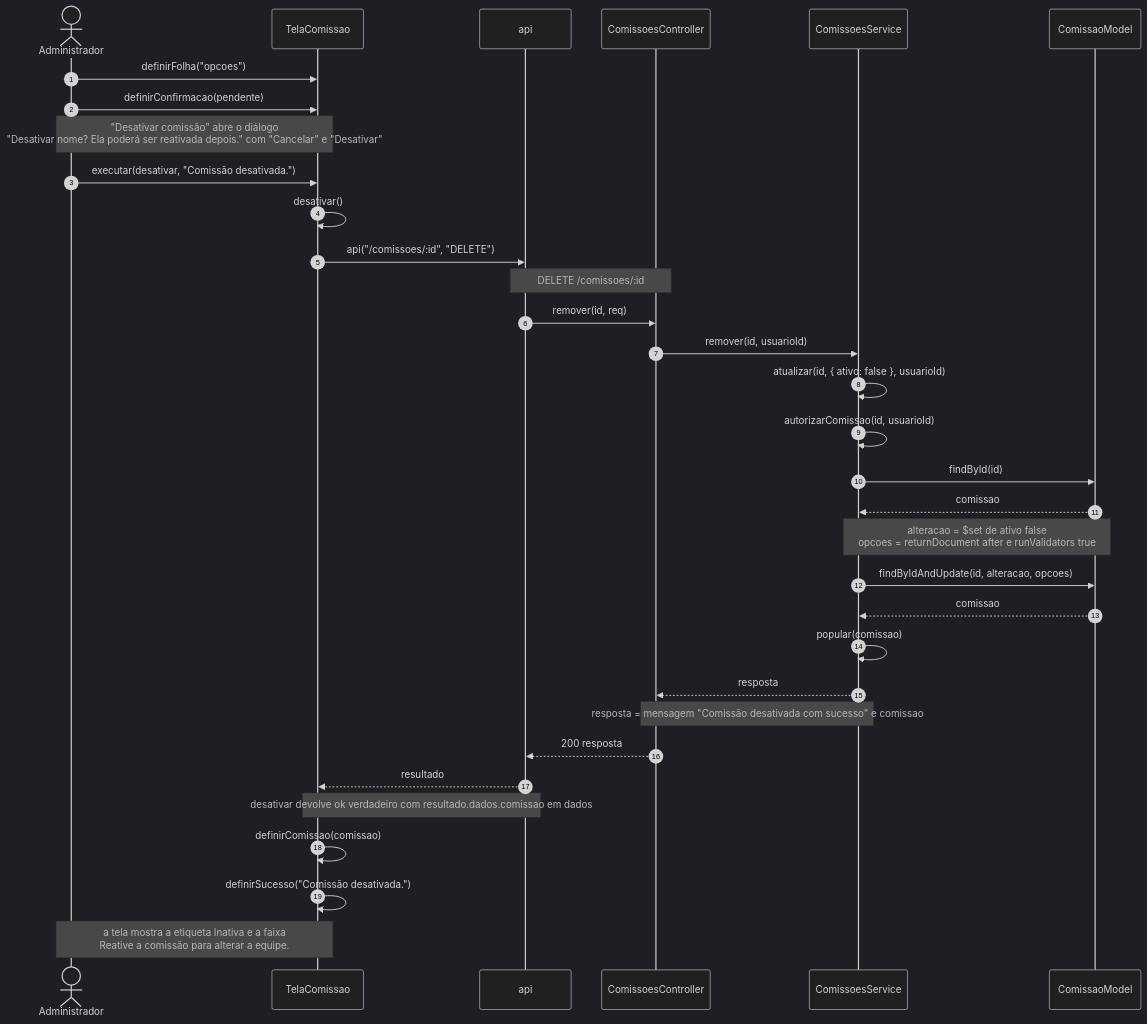
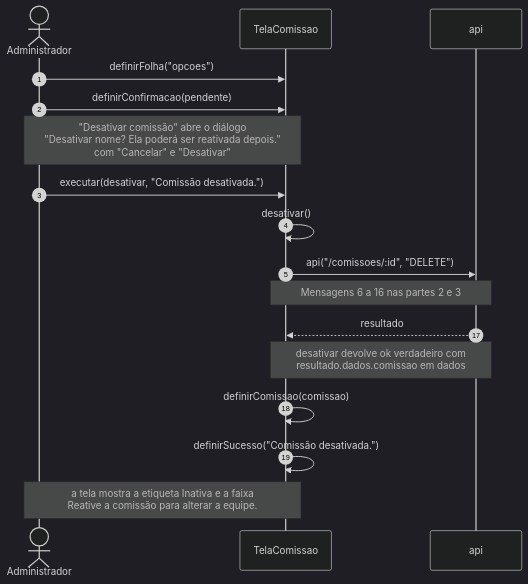
Diagram 14 of 28 in 2 - Incremento 1/cadastro-comissao/6 - diagramas-sequencia-cadastro-comissao.md (Conecta-IFSP/DOCUMENTATION), drawn with Mermaid (dark theme) before and after one commit. The commit also changed other lines of this file and 5 other files, not shown here.

Commit message:
Divide os diagramas de sequência dos incrementos 1 e 2 em partes legíveis

````diff
--- a/2 - Incremento 1/cadastro-comissao/6 - diagramas-sequencia-cadastro-comissao.md
+++ b/2 - Incremento 1/cadastro-comissao/6 - diagramas-sequencia-cadastro-comissao.md
@@ -246,35 +392,20 @@
 ```mermaid
 sequenceDiagram
-    autonumber
+    autonumber 1
     actor U as Administrador
     participant T as TelaComissao
     participant A as api
-    participant C as ComissoesController
-    participant S as ComissoesService
-    participant M as ComissaoModel
     U->>T: definirFolha("opcoes")
     U->>T: definirConfirmacao(pendente)
-    Note over U,T: "Desativar comissão" abre o diálogo<br/>"Desativar nome? Ela poderá ser reativada depois." com "Cancelar" e "Desativar"
+    Note over U,T: "Desativar comissão" abre o diálogo<br/>"Desativar nome? Ela poderá ser reativada depois."<br/>com "Cancelar" e "Desativar"
     U->>T: executar(desativar, "Comissão desativada.")
     T->>T: desativar()
     T->>A: api("/comissoes/:id", "DELETE")
-    Note over A,C: DELETE /comissoes/:id
-    A->>C: remover(id, req)
-    C->>S: remover(id, usuarioId)
-    S->>S: atualizar(id, { ativo: false }, usuarioId)
-    S->>S: autorizarComissao(id, usuarioId)
-    S->>M: findById(id)
-    M-->>S: comissao
-    Note over S,M: alteracao = $set de ativo false<br/>opcoes = returnDocument after e runValidators true
-    S->>M: findByIdAndUpdate(id, alteracao, opcoes)
-    M-->>S: comissao
-    S->>S: popular(comissao)
-    S-->>C: resposta
-    Note over C,S: resposta = mensagem "Comissão desativada com sucesso" e comissao
-    C-->>A: 200 resposta
+    Note over T,A: Mensagens 6 a 16 nas partes 2 e 3
+    autonumber 17
     A-->>T: resultado
-    Note over T,A: desativar devolve ok verdadeiro com resultado.dados.comissao em dados
+    Note over T,A: desativar devolve ok verdadeiro com<br/>resultado.dados.comissao em dados
     T->>T: definirComissao(comissao)
     T->>T: definirSucesso("Comissão desativada.")
     Note over U,T: a tela mostra a etiqueta Inativa e a faixa<br/>Reative a comissão para alterar a equipe.
 ```
````
